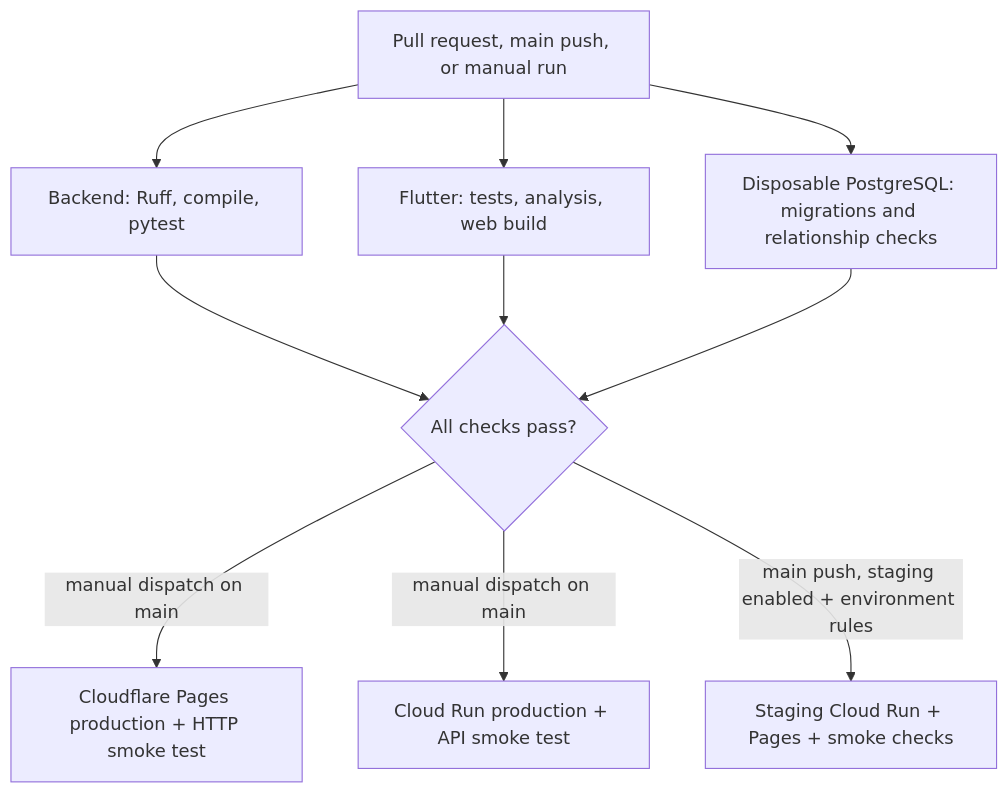
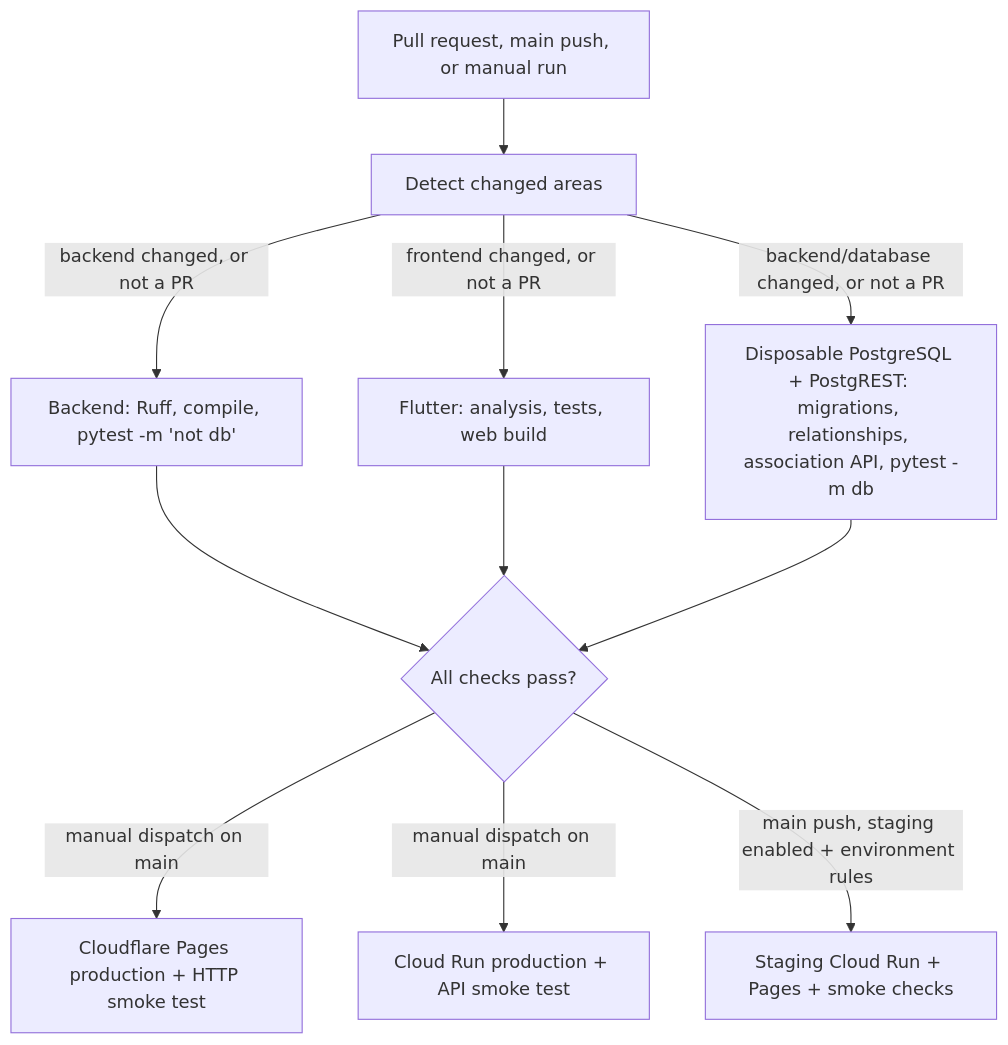
The diagram in PIPELINE.md (relax-mode/lagaw), drawn with Mermaid before and after one commit. The commit also changed other lines of this file and 5 other files, not shown here.

````diff
--- a/PIPELINE.md
+++ b/PIPELINE.md
@@ -7,12 +7,13 @@
 ```mermaid
 flowchart TD
-  Trigger[Pull request, main push, or manual run] --> Backend[Backend: Ruff, compile, pytest]
-  Trigger --> Frontend[Flutter: tests, analysis, web build]
-  Trigger --> Database[Disposable PostgreSQL: migrations and relationship checks]
+  Trigger[Pull request, main push, or manual run] --> Changes[Detect changed areas]
+  Changes -->|backend changed, or not a PR| Backend[Backend: Ruff, compile, pytest -m 'not db']
+  Changes -->|frontend changed, or not a PR| Frontend[Flutter: analysis, tests, web build]
+  Changes -->|backend/database changed, or not a PR| Database[Disposable PostgreSQL + PostgREST: migrations, relationships, association API, pytest -m db]
   Backend --> Gate{All checks pass?}
   Frontend --> Gate
   Database --> Gate
   Gate -->|manual dispatch on main| ProductionWeb[Cloudflare Pages production + HTTP smoke test]
   Gate -->|manual dispatch on main| ProductionAPI[Cloud Run production + API smoke test]
   Gate -->|main push, staging enabled + environment rules| Staging[Staging Cloud Run + Pages + smoke checks]
 ```
````
